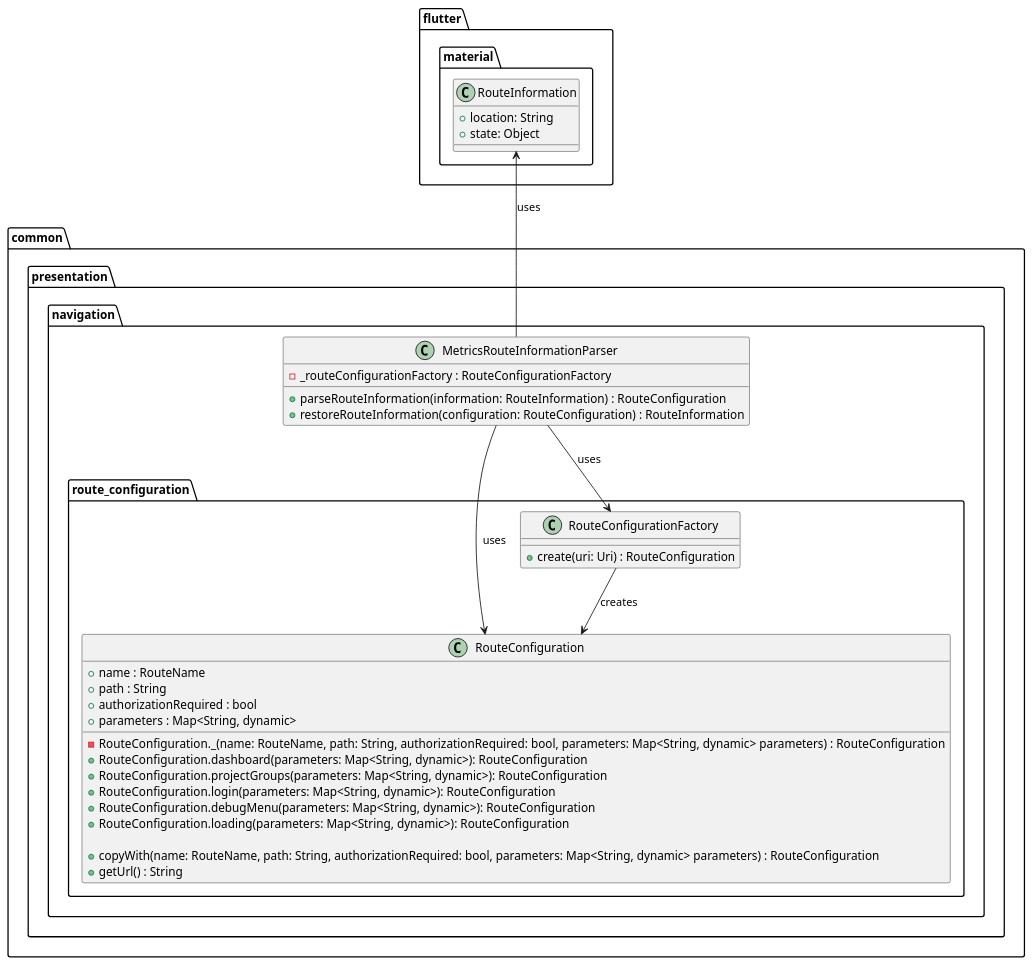
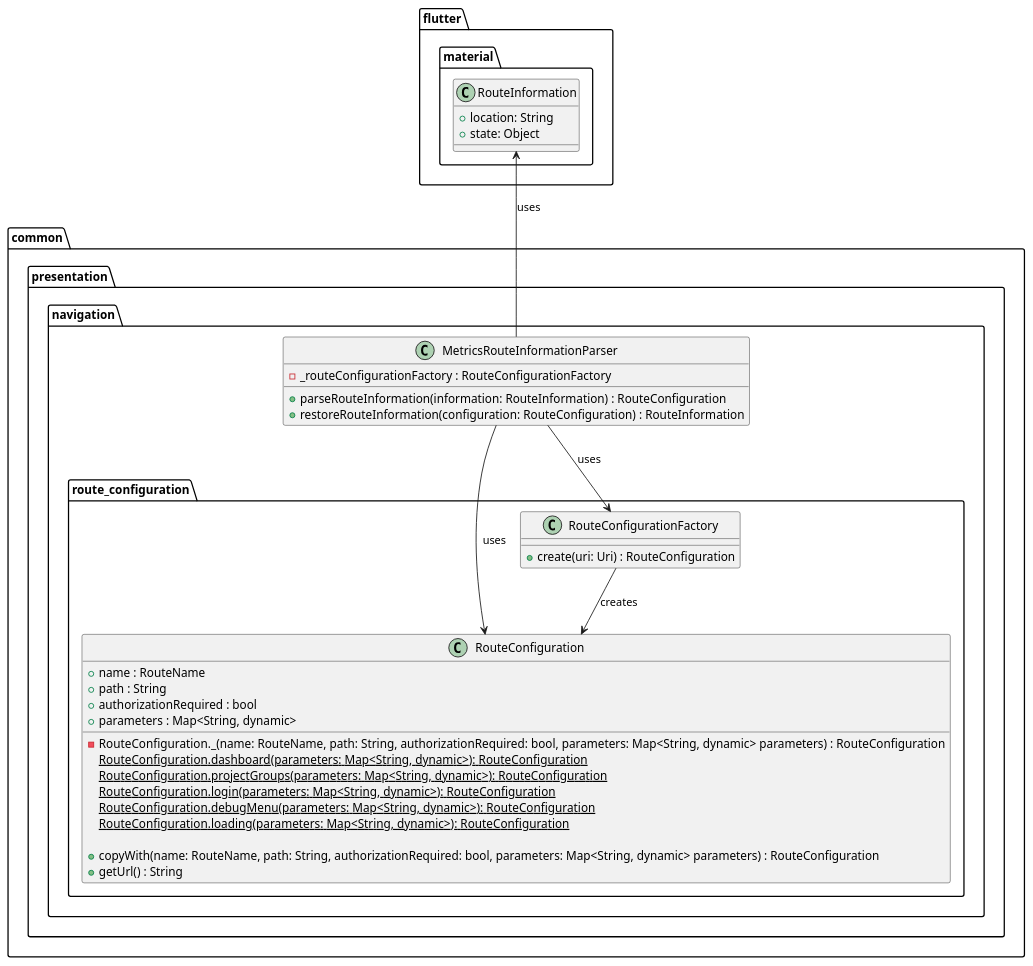
Before and after one commit to Flank/flank-dashboard: the diagram in metrics/web/docs/features/deep_links/diagrams/parsing_deep_links_class_diagram.puml, drawn with PlantUML. The commit also changed 1 other file, not shown here.

```diff
--- a/metrics/web/docs/features/deep_links/diagrams/parsing_deep_links_class_diagram.puml
+++ b/metrics/web/docs/features/deep_links/diagrams/parsing_deep_links_class_diagram.puml
@@ -1,48 +1,48 @@
 @startuml parsing_deep_links_class_diagram
 
 package common.presentation.navigation {
     class MetricsRouteInformationParser {
         - _routeConfigurationFactory : RouteConfigurationFactory
 
         + parseRouteInformation(information: RouteInformation) : RouteConfiguration
         + restoreRouteInformation(configuration: RouteConfiguration) : RouteInformation
     }
 
     package route_configuration {
         class RouteConfiguration {
             + name : RouteName
             + path : String
             + authorizationRequired : bool
             + parameters : Map<String, dynamic>
 
             - RouteConfiguration._(name: RouteName, path: String, authorizationRequired: bool, parameters: Map<String, dynamic> parameters) : RouteConfiguration
-            + RouteConfiguration.dashboard(parameters: Map<String, dynamic>): RouteConfiguration
-            + RouteConfiguration.projectGroups(parameters: Map<String, dynamic>): RouteConfiguration
-            + RouteConfiguration.login(parameters: Map<String, dynamic>): RouteConfiguration
-            + RouteConfiguration.debugMenu(parameters: Map<String, dynamic>): RouteConfiguration
-            + RouteConfiguration.loading(parameters: Map<String, dynamic>): RouteConfiguration
+            {static} RouteConfiguration.dashboard(parameters: Map<String, dynamic>): RouteConfiguration
+            {static} RouteConfiguration.projectGroups(parameters: Map<String, dynamic>): RouteConfiguration
+            {static} RouteConfiguration.login(parameters: Map<String, dynamic>): RouteConfiguration
+            {static} RouteConfiguration.debugMenu(parameters: Map<String, dynamic>): RouteConfiguration
+            {static} RouteConfiguration.loading(parameters: Map<String, dynamic>): RouteConfiguration
 
             + copyWith(name: RouteName, path: String, authorizationRequired: bool, parameters: Map<String, dynamic> parameters) : RouteConfiguration
             + getUrl() : String
         }
 
         class RouteConfigurationFactory {
             + create(uri: Uri) : RouteConfiguration
         }
     }
 }
 
 package flutter.material {
     class RouteInformation {
         + location: String
         + state: Object
     }
 }
 
 MetricsRouteInformationParser --> RouteConfiguration : uses
 MetricsRouteInformationParser -up-> RouteInformation : uses
 MetricsRouteInformationParser --> RouteConfigurationFactory : uses
 
 RouteConfigurationFactory --> RouteConfiguration : creates
 
 @enduml
```
